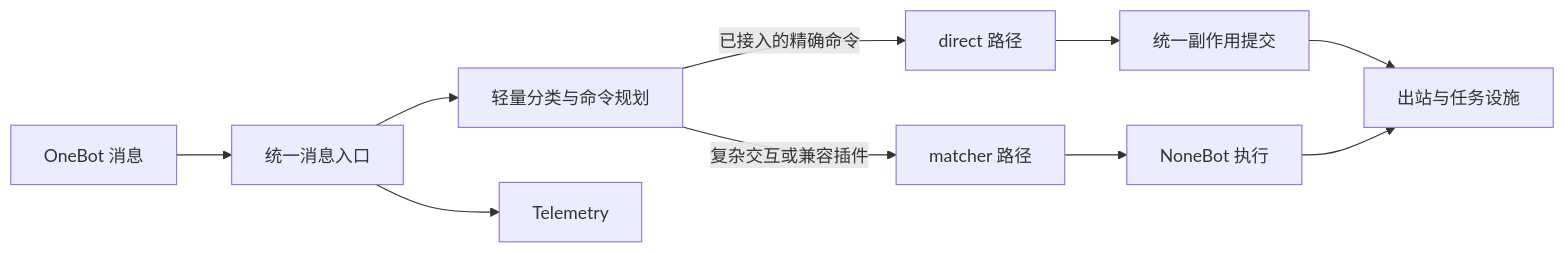
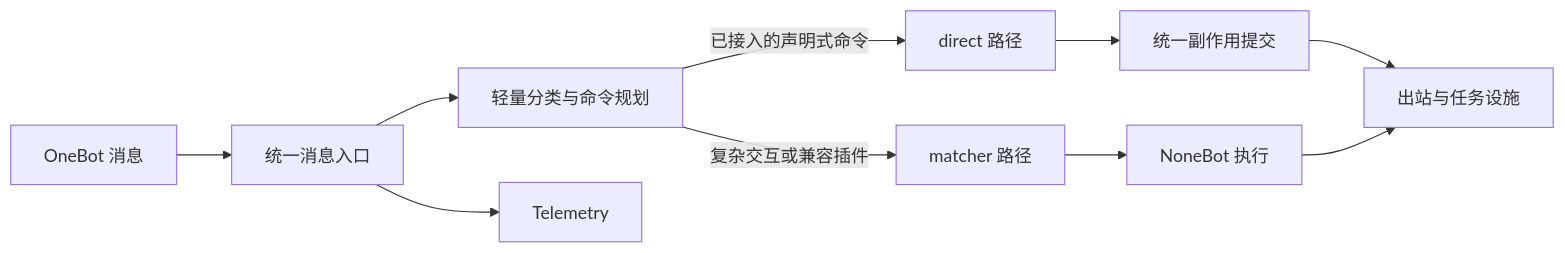
One commit to PallasBot/Pallas-Bot changed the diagram in docs/developer/architecture/message-runtime.md. Above: the diagram before and after it, drawn with Mermaid. The commit also changed other lines of this file and 12 other files, not shown here.

````diff
--- a/docs/developer/architecture/message-runtime.md
+++ b/docs/developer/architecture/message-runtime.md
@@ -9,12 +9,12 @@
 ```mermaid
 flowchart LR
     A[OneBot 消息] --> B[统一消息入口]
     B --> C[轻量分类与命令规划]
-    C -->|已接入的精确命令| D[direct 路径]
+    C -->|已接入的声明式命令| D[direct 路径]
     C -->|复杂交互或兼容插件| E[matcher 路径]
     D --> F[统一副作用提交]
     E --> I[NoneBot 执行]
     F --> G[出站与任务设施]
     I --> G
     B --> H[Telemetry]
 ```
````
